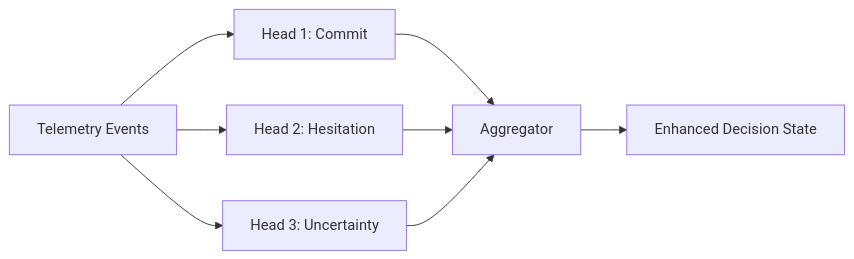
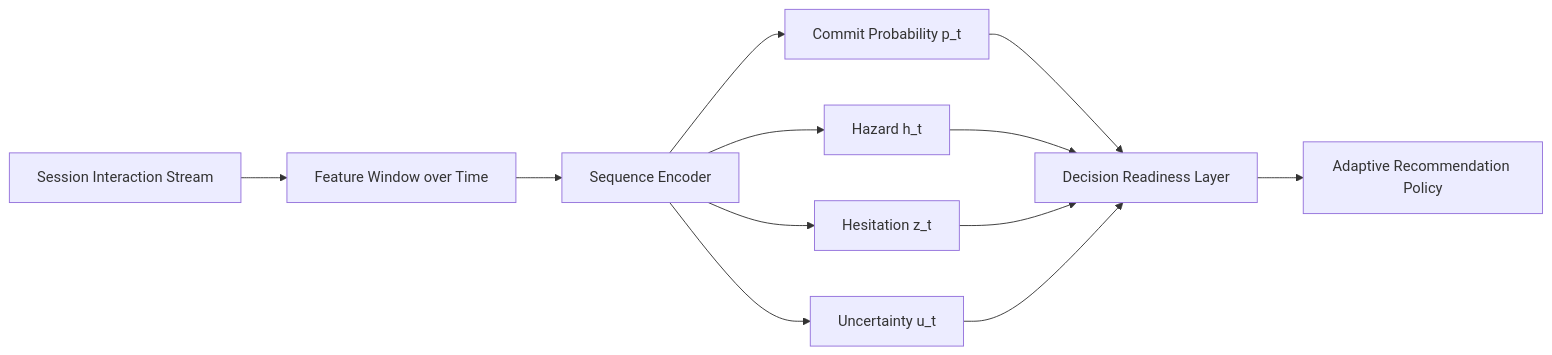
The fifth of 14 diagrams in README.md (parthassamal/Sequential-narrative-AI), drawn with Mermaid before and after one commit. The commit also changed other lines of this file, not shown here.

````diff
--- a/README.md
+++ b/README.md
@@ -337,12 +234,14 @@
 ```mermaid
 flowchart LR
-    Input[Telemetry Events] --> E1[Head 1: Commit]
-    Input --> E2[Head 2: Hesitation]
-    Input --> E3[Head 3: Uncertainty]
-    
-    E1 --> Agg[Aggregator]
-    E2 --> Agg
-    E3 --> Agg
-    
-    Agg --> State[Enhanced Decision State]
+    S0[Session Interaction Stream] --> S1[Feature Window over Time]
+    S1 --> S2[Sequence Encoder]
+    S2 --> P1[Commit Probability p_t]
+    S2 --> P2[Hazard h_t]
+    S2 --> P3[Hesitation z_t]
+    S2 --> P4[Uncertainty u_t]
+    P1 --> DR[Decision Readiness Layer]
+    P2 --> DR
+    P3 --> DR
+    P4 --> DR
+    DR --> POL[Adaptive Recommendation Policy]
 ```
````
